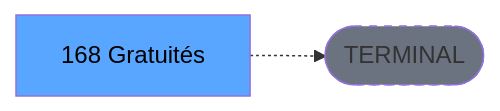
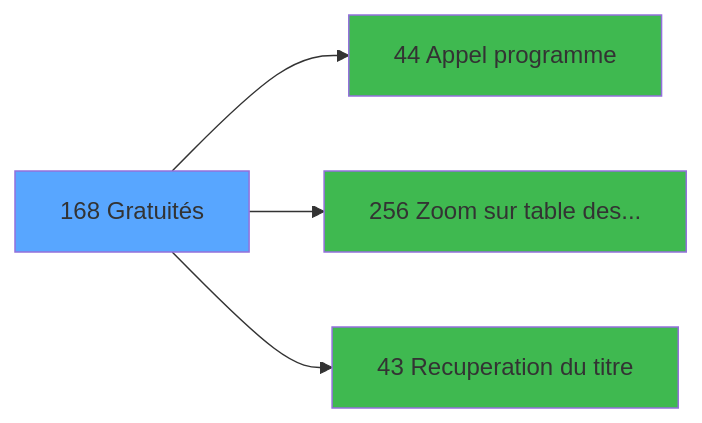
Before and after one commit to thonyAGP/magic-migration: the fourth of 4 diagrams in .openspec/specs/ADH-IDE-168.md, drawn with Mermaid. The commit also changed other lines of this file and 253 other files, not shown here.

````diff
--- a/.openspec/specs/ADH-IDE-168.md
+++ b/.openspec/specs/ADH-IDE-168.md
@@ -135,8 +1340,14 @@
 ```mermaid
 graph LR
-    T[168 Gratuités]
-    TERM([TERMINAL])
-    T -.-> TERM
-    style TERM fill:#6b7280,stroke-dasharray: 5 5
-    style T fill:#58a6ff,color:#000
+    T168[168 Gratuités]
+    style T168 fill:#58a6ff
+    C44[44 Appel programme]
+    T168 --> C44
+    style C44 fill:#3fb950
+    C256[256 Zoom sur table des...]
+    T168 --> C256
+    style C256 fill:#3fb950
+    C43[43 Recuperation du titre]
+    T168 --> C43
+    style C43 fill:#3fb950
 ```
````
